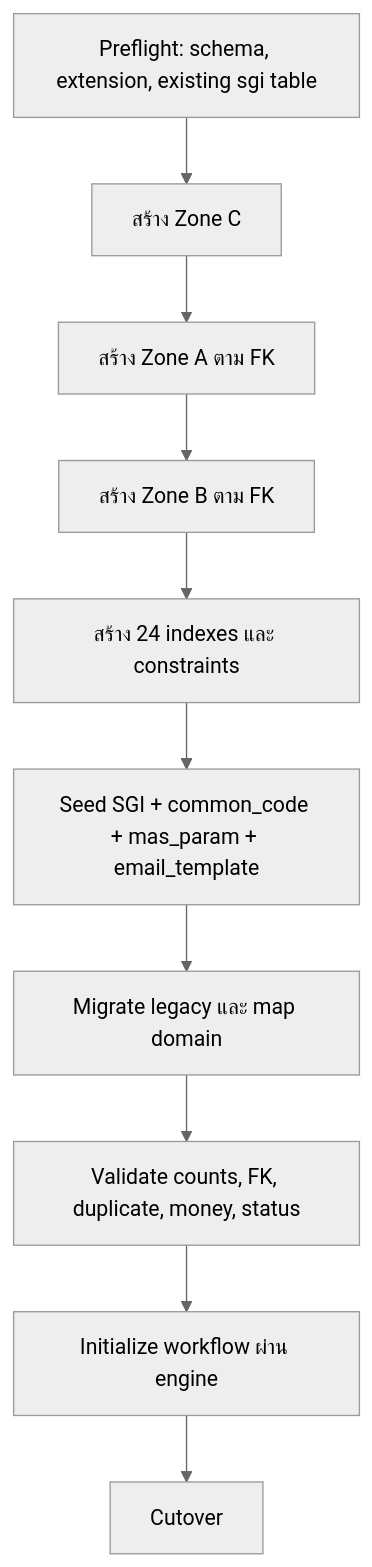
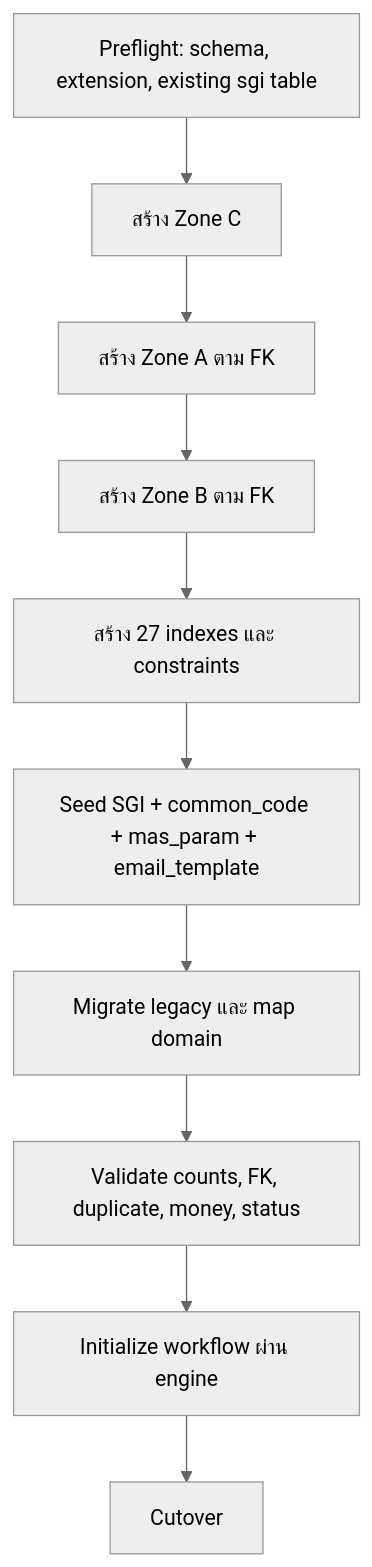
Before and after one commit to aphiwitgosoft/sbp-prototype: the diagram in llddv2/00-foundation/04-database-and-migration.md, drawn with Mermaid (neutral theme). The commit also changed other lines of this file and 153 other files, not shown here.

````diff
--- a/llddv2/00-foundation/04-database-and-migration.md
+++ b/llddv2/00-foundation/04-database-and-migration.md
@@ -22,12 +22,12 @@
 ```mermaid
 flowchart TD
   P[Preflight: schema, extension, existing sgi table] --> C[สร้าง Zone C]
   C --> A[สร้าง Zone A ตาม FK]
   A --> B[สร้าง Zone B ตาม FK]
-  B --> I[สร้าง 24 indexes และ constraints]
+  B --> I[สร้าง 27 indexes และ constraints]
   I --> S[Seed SGI + common_code + mas_param + email_template]
   S --> M[Migrate legacy และ map domain]
   M --> V[Validate counts, FK, duplicate, money, status]
   V --> W[Initialize workflow ผ่าน engine]
   W --> CUT[Cutover]
 ```
````
